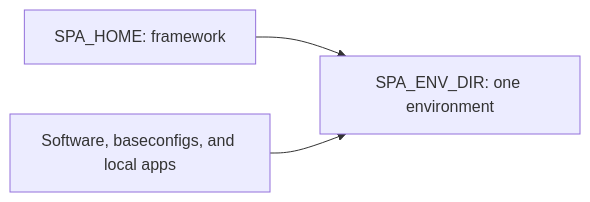
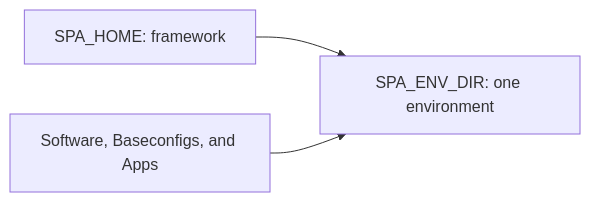
One commit to splunk/splunk-platform-automator changed the first of 4 diagrams in docs/user-guide.md. Above: the diagram before and after it, drawn with Mermaid. The commit also changed other lines of this file and 20 other files, not shown here.

````diff
--- a/docs/user-guide.md
+++ b/docs/user-guide.md
@@ -19,8 +19,8 @@
 ```mermaid
 flowchart LR
   home["SPA_HOME: framework"]
   env["SPA_ENV_DIR: one environment"]
-  assets["Software, baseconfigs, and local apps"]
+  assets["Software, Baseconfigs, and Apps"]
   home --> env
   assets --> env
 ```
````
